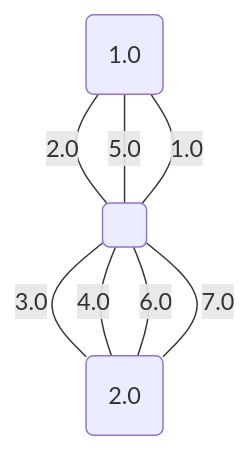
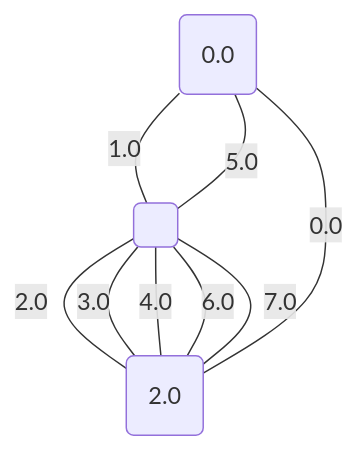
Before and after one commit to metury/graphs: diagram 15 of 17 in project/src/testing/showcase/minCutPetersen.md, drawn with Mermaid. The commit also changed other lines of this file and 33 other files, not shown here.

````diff
--- a/project/src/testing/showcase/minCutPetersen.md
+++ b/project/src/testing/showcase/minCutPetersen.md
@@ -372,13 +375,14 @@
 ```mermaid
 graph TD;
-	0("1.0");
+	0("0.0");
 	1("2.0");
 	2(" ");
-	2 -- "1.0" --- 0;
-	0 -- "2.0" --- 2;
-	2 -- "3.0" --- 1;
-	2 -- "4.0" --- 1;
+	1 -- "0.0" --- 0;
+	0 -- "1.0" --- 2;
+	2 -- "2.0" --- 1;
+	1 -- "3.0" --- 2;
+	1 -- "4.0" --- 2;
 	0 -- "5.0" --- 2;
-	2 -- "6.0" --- 1;
+	1 -- "6.0" --- 2;
 	1 -- "7.0" --- 2;
 ```
````
